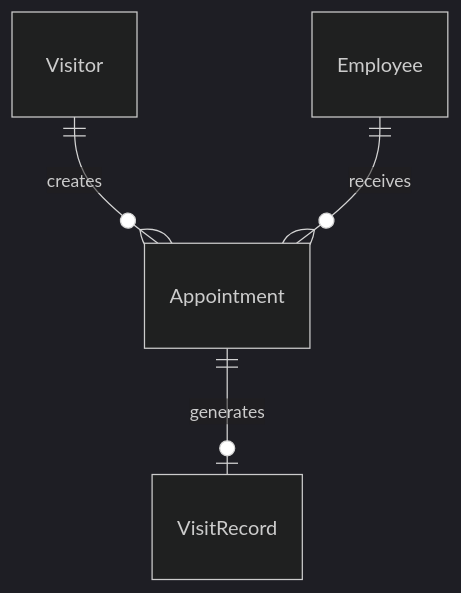
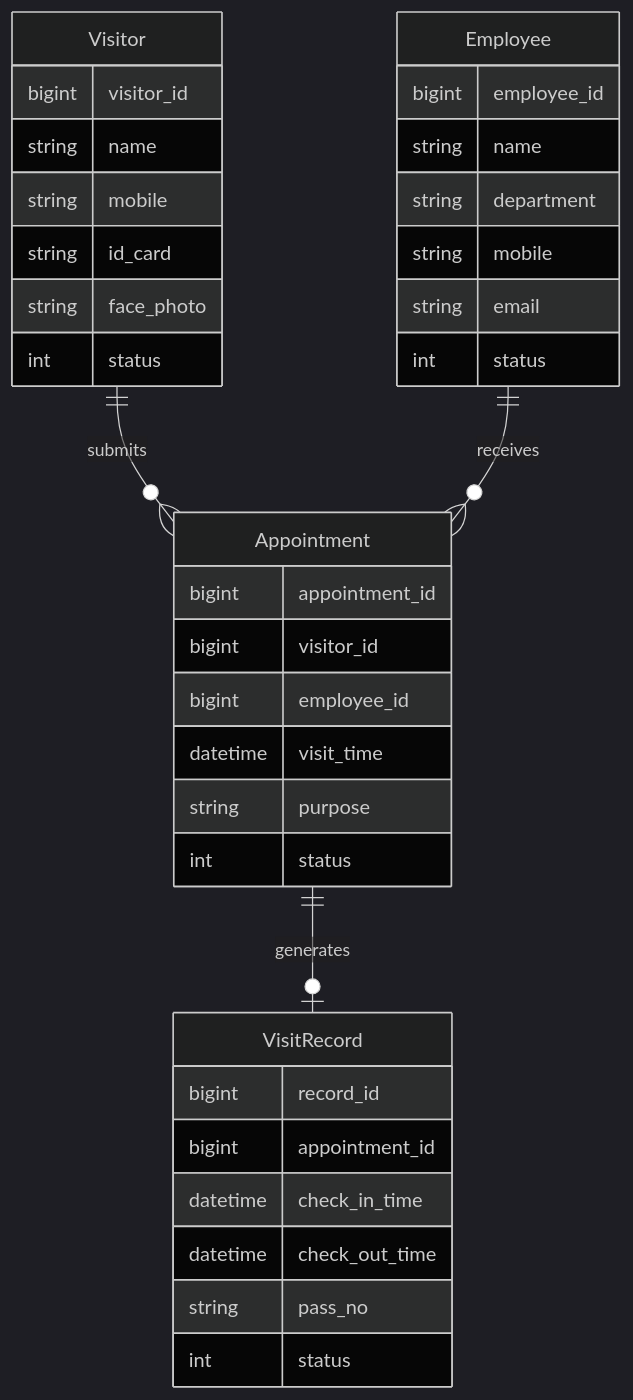
One commit to zhishi324/n8ndeploy changed the first of 4 diagrams in doc/outlinedesign1.md. Above: the diagram before and after it, drawn with Mermaid (dark theme). The commit also changed other lines of this file, not shown here.

````diff
--- a/doc/outlinedesign1.md
+++ b/doc/outlinedesign1.md
@@ -47,6 +57,42 @@
 ```mermaid
 erDiagram
-    Visitor ||--o{ Appointment : creates
-    Employee ||--o{ Appointment : receives
+    Visitor ||--o{ Appointment : submits
+    Employee ||--o{ Appointment : receives  
     Appointment ||--o| VisitRecord : generates
+    
+    Visitor {
+        bigint visitor_id
+        string name
+        string mobile
+        string id_card
+        string face_photo
+        int status
+    }
+    
+    Appointment {
+        bigint appointment_id
+        bigint visitor_id 
+        bigint employee_id
+        datetime visit_time
+        string purpose
+        int status
+    }
+    
+    VisitRecord {
+        bigint record_id
+        bigint appointment_id
+        datetime check_in_time
+        datetime check_out_time
+        string pass_no
+        int status
+    }
+    
+    Employee {
+        bigint employee_id
+        string name
+        string department 
+        string mobile
+        string email
+        int status
+    }
 ```
````
